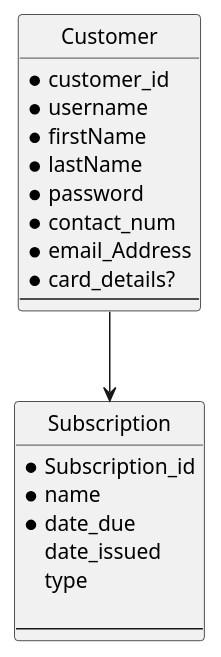
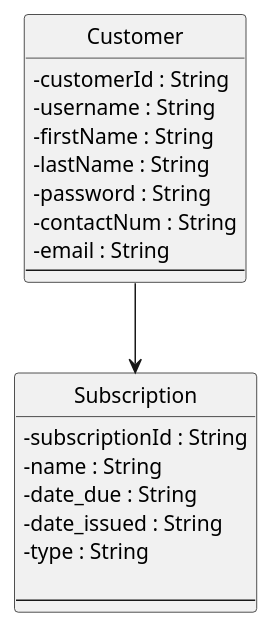
Before and after one commit to 62firelight/SubTrack: the diagram in diagrams/domainClassDiagram.puml, drawn with PlantUML. The commit also changed other lines of this file, not shown here.

Commit message:
Modified formatting and added data types + visibility

```diff
--- a/diagrams/domainClassDiagram.puml
+++ b/diagrams/domainClassDiagram.puml
@@ -1,49 +1,52 @@
 @startuml
 
 skinparam {
-	Style strictuml
-	RoundCorner 5
-        Database {
-		' the default border no longer matches the normal colours (bug?), so fix this
-		BorderColor #A80036
-	}
-	Sequence {
-		' make activations yellow too
-		LifeLineBackgroundColor #FDFDCD
- 
-		' make stereotypes less ugly
-		Stereotype {
-			Font {
-				Size 11
-				Style plain
-			}
+    Style strictuml
+    RoundCorner 5
+    ' use characters instead of icons for showing visibility
+    ClassAttributeIconSize 0
+    Database {
+	' the default border no longer matches the normal colours (bug?), so fix this
+	BorderColor #A80036
+    }
+    Sequence {
+	' make activations yellow too
+	LifeLineBackgroundColor #FDFDCD
+
+	' make stereotypes less ugly
+	Stereotype {
+		Font {
+			Size 11
+			Style plain
 		}
 	}
+    }
 }
  
-entity Customer{
-    * customer_id
-    * username
-    * firstName
-    * lastName
-    * password
-    * contact_num
-    * email_Address
-    * card_details? 
+class "Customer" as customer {
+    -customerId : String
+    -username : String
+    -firstName : String
+    -lastName : String
+    -password : String
+    -contactNum : String
+    -email : String
+    '-card_details? 
   --
 }
 
-entity Subscription{
-    * Subscription_id
-    * name
-    * date_due
-      date_issued
-     type 
+class "Subscription" as sub {
+    -subscriptionId : String
+    -name : String
+    -date_due : String
+    -date_issued : String
+    -type : String
     
   --
 }
  
 
  
-Customer -down-> Subscription
+customer -down-> sub
+
 @enduml
```
